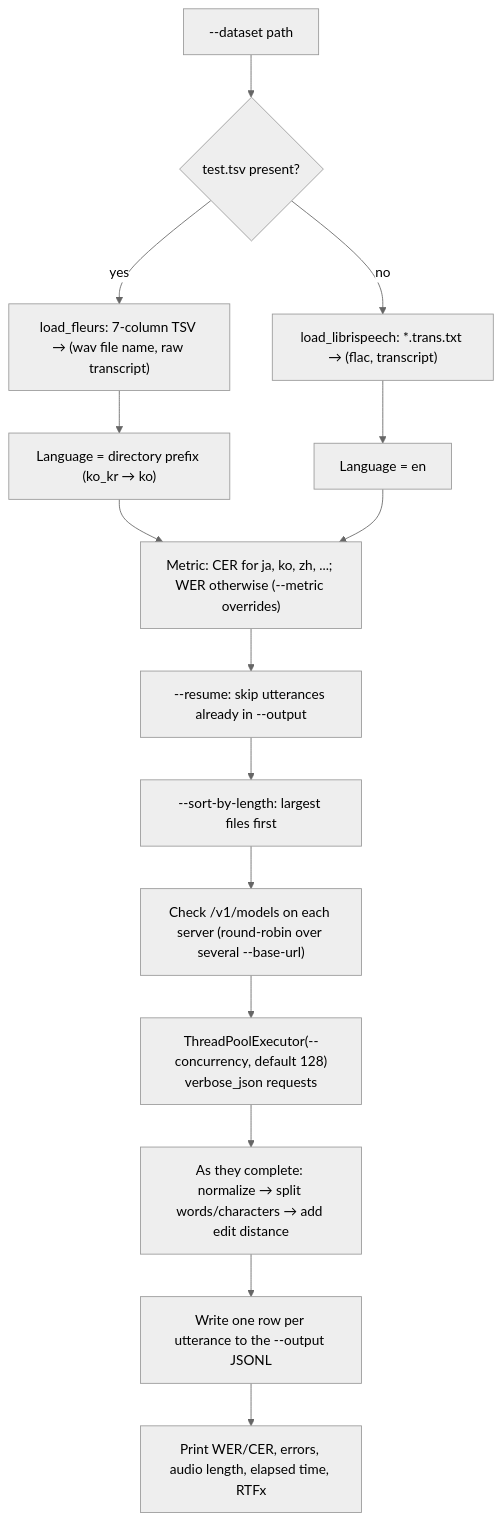
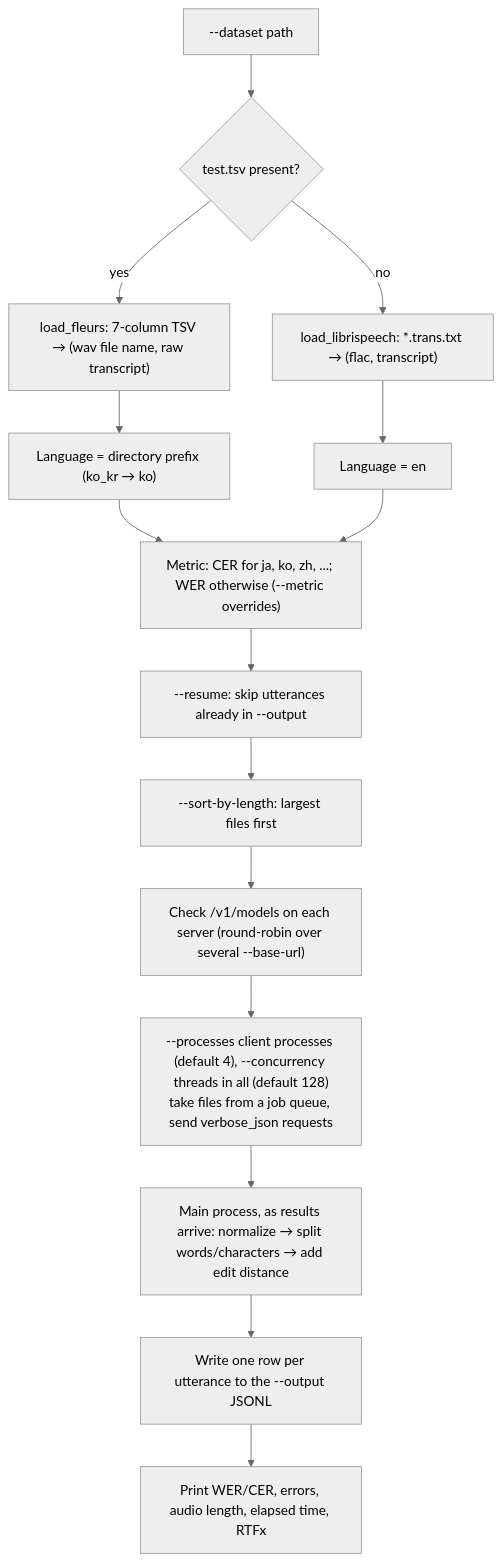
Before and after one commit to sjjeong94/asrback: the tenth of 10 diagrams in docs/architecture.md, drawn with Mermaid (neutral theme). The commit also changed other lines of this file and 4 other files, not shown here.

First line of the commit message:
Send eval requests from several processes; fail /health without a model

````diff
--- a/docs/architecture.md
+++ b/docs/architecture.md
@@ -397,17 +398,17 @@
 ```mermaid
 flowchart TD
     A["--dataset path"] --> B{"test.tsv present?"}
     B -- yes --> C["load_fleurs: 7-column TSV → (wav file name, raw transcript)"]
     B -- no --> D["load_librispeech: *.trans.txt → (flac, transcript)"]
     C --> E["Language = directory prefix (ko_kr → ko)"]
     D --> E2["Language = en"]
     E --> F["Metric: CER for ja, ko, zh, ...; WER otherwise (--metric overrides)"]
     E2 --> F
     F --> G["--resume: skip utterances already in --output"]
     G --> H["--sort-by-length: largest files first"]
     H --> I["Check /v1/models on each server (round-robin over several --base-url)"]
-    I --> J["ThreadPoolExecutor(--concurrency, default 128)<br/>verbose_json requests"]
-    J --> K["As they complete: normalize → split words/characters → add edit distance"]
+    I --> J["--processes client processes (default 4), --concurrency threads in all (default 128)<br/>take files from a job queue, send verbose_json requests"]
+    J --> K["Main process, as results arrive: normalize → split words/characters → add edit distance"]
     K --> L["Write one row per utterance to the --output JSONL"]
     L --> M["Print WER/CER, errors, audio length, elapsed time, RTFx"]
 ```
````
